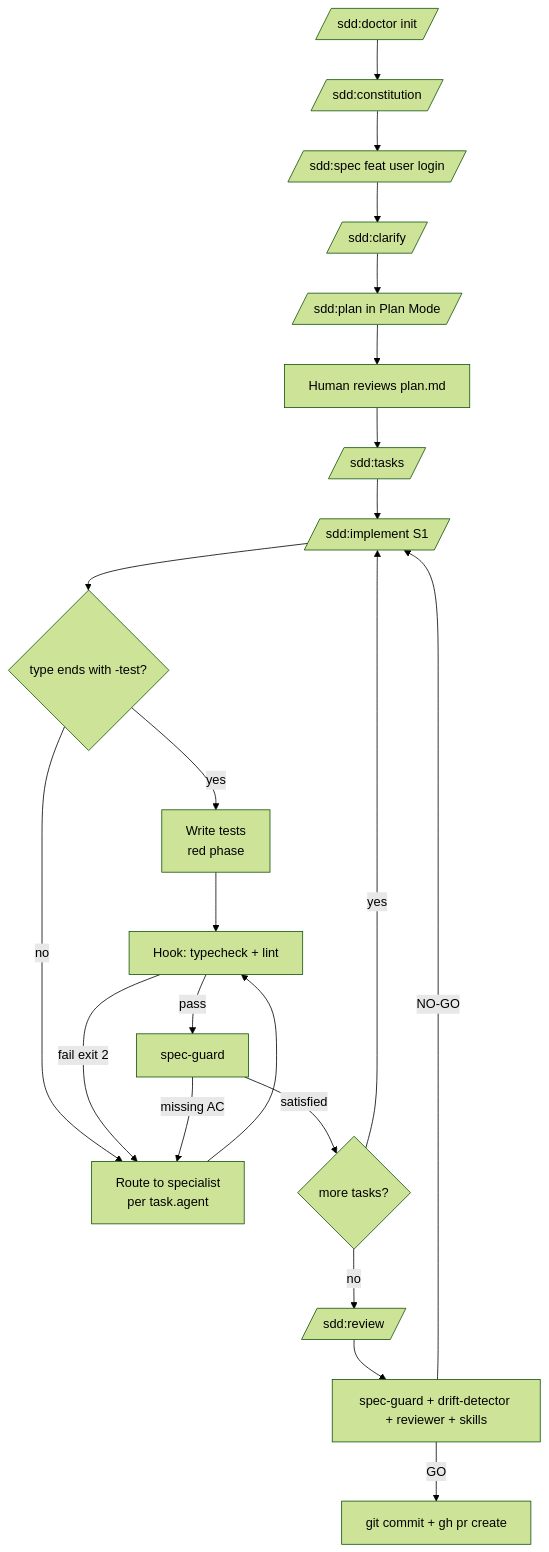
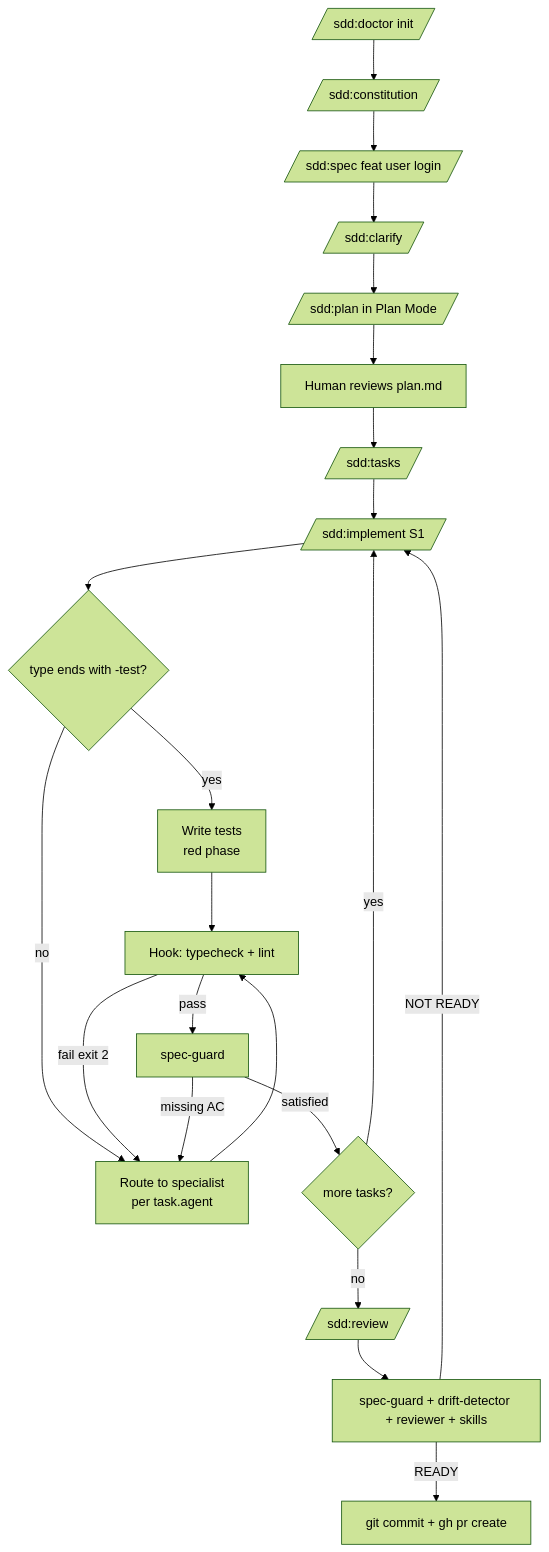
One commit to JanSzewczyk/spec-driven-development changed the diagram in README.md. Above: the diagram before and after it, drawn with Mermaid (forest theme). The commit also changed other lines of this file and 10 other files, not shown here.

First line of the commit message:
refactor: rename review verdicts GO / NO-GO to READY / NOT READY

````diff
--- a/README.md
+++ b/README.md
@@ -192,24 +192,24 @@
 ```mermaid
 flowchart TD
     A[/sdd:doctor init/] --> B[/sdd:constitution/]
     B --> C[/sdd:spec feat user login/]
     C --> D[/sdd:clarify/]
     D --> E[/sdd:plan in Plan Mode/]
     E --> F[Human reviews plan.md]
     F --> G[/sdd:tasks/]
     G --> H[/sdd:implement S1/]
     H --> I{type ends with -test?}
     I -->|yes| J[Write tests<br/>red phase]
     I -->|no| K[Route to specialist<br/>per task.agent]
     J --> L[Hook: typecheck + lint]
     K --> L
     L -->|fail exit 2| K
     L -->|pass| M[spec-guard]
     M -->|missing AC| K
     M -->|satisfied| N{more tasks?}
     N -->|yes| H
     N -->|no| O[/sdd:review/]
     O --> P[spec-guard + drift-detector + reviewer + skills]
-    P -->|GO| Q[git commit + gh pr create]
-    P -->|NO-GO| H
+    P -->|READY| Q[git commit + gh pr create]
+    P -->|NOT READY| H
 ```
````
